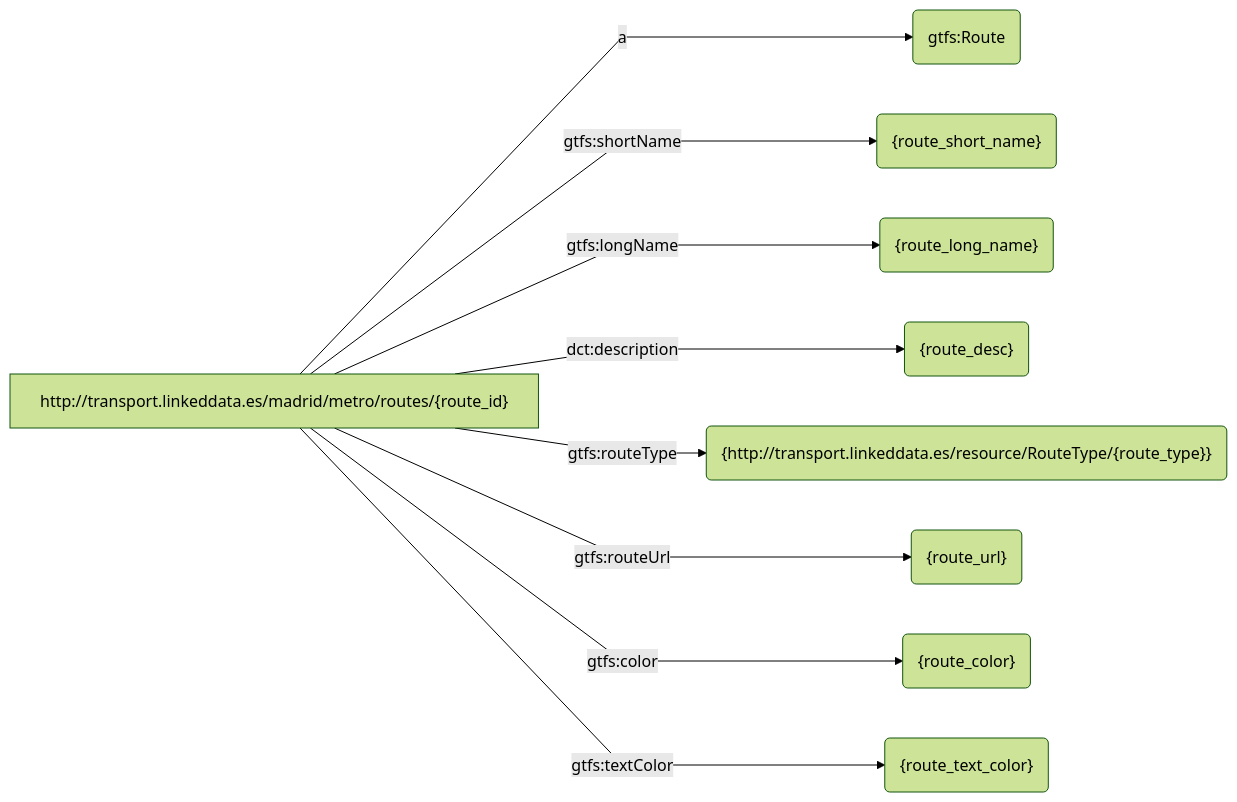
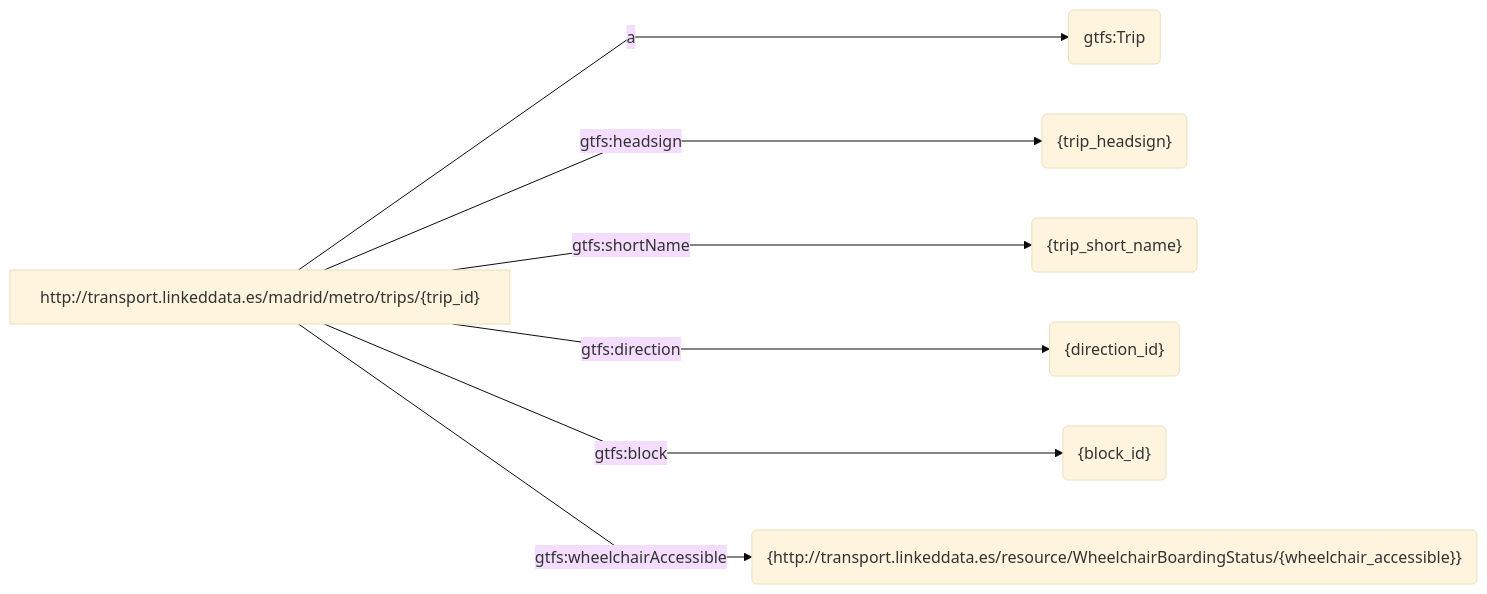
The third of 25 diagrams in example/example.md (oeg-upm/rmldoc), drawn with Mermaid before and after one commit. The commit also changed other lines of this file and 2 other files, not shown here.

````diff
--- a/example/example.md
+++ b/example/example.md
@@ -94,13 +109,11 @@
 ```mermaid
-%%{ init : { "theme" : "forest", "flowchart" : { "curve" : "linear" }}}%%
+%%{ init : { "theme" : "base", "flowchart" : { "curve" : "linear" }}}%%
 flowchart LR
-S["http://transport.linkeddata.es/madrid/metro/routes/{route_id}"] -->|"a"| object1("gtfs:Route")
-S["http://transport.linkeddata.es/madrid/metro/routes/{route_id}"] -->|"gtfs:shortName"| object2("{route_short_name}")
-S["http://transport.linkeddata.es/madrid/metro/routes/{route_id}"] -->|"gtfs:longName"| object3("{route_long_name}")
-S["http://transport.linkeddata.es/madrid/metro/routes/{route_id}"] -->|"dct:description"| object4("{route_desc}")
-S["http://transport.linkeddata.es/madrid/metro/routes/{route_id}"] -->|"gtfs:routeType"| object5("{http://transport.linkeddata.es/resource/RouteType/{route_type}}")
-S["http://transport.linkeddata.es/madrid/metro/routes/{route_id}"] -->|"gtfs:routeUrl"| object6("{route_url}")
-S["http://transport.linkeddata.es/madrid/metro/routes/{route_id}"] -->|"gtfs:color"| object7("{route_color}")
-S["http://transport.linkeddata.es/madrid/metro/routes/{route_id}"] -->|"gtfs:textColor"| object8("{route_text_color}")
+S["http://transport.linkeddata.es/madrid/metro/trips/{trip_id}"] -->|"a"| object1("gtfs:Trip")
+S["http://transport.linkeddata.es/madrid/metro/trips/{trip_id}"] -->|"gtfs:headsign"| object2("{trip_headsign}")
+S["http://transport.linkeddata.es/madrid/metro/trips/{trip_id}"] -->|"gtfs:shortName"| object3("{trip_short_name}")
+S["http://transport.linkeddata.es/madrid/metro/trips/{trip_id}"] -->|"gtfs:direction"| object4("{direction_id}")
+S["http://transport.linkeddata.es/madrid/metro/trips/{trip_id}"] -->|"gtfs:block"| object5("{block_id}")
+S["http://transport.linkeddata.es/madrid/metro/trips/{trip_id}"] -->|"gtfs:wheelchairAccessible"| object6("{http://transport.linkeddata.es/resource/WheelchairBoardingStatus/{wheelchair_accessible}}")
     
 ``` 
````
